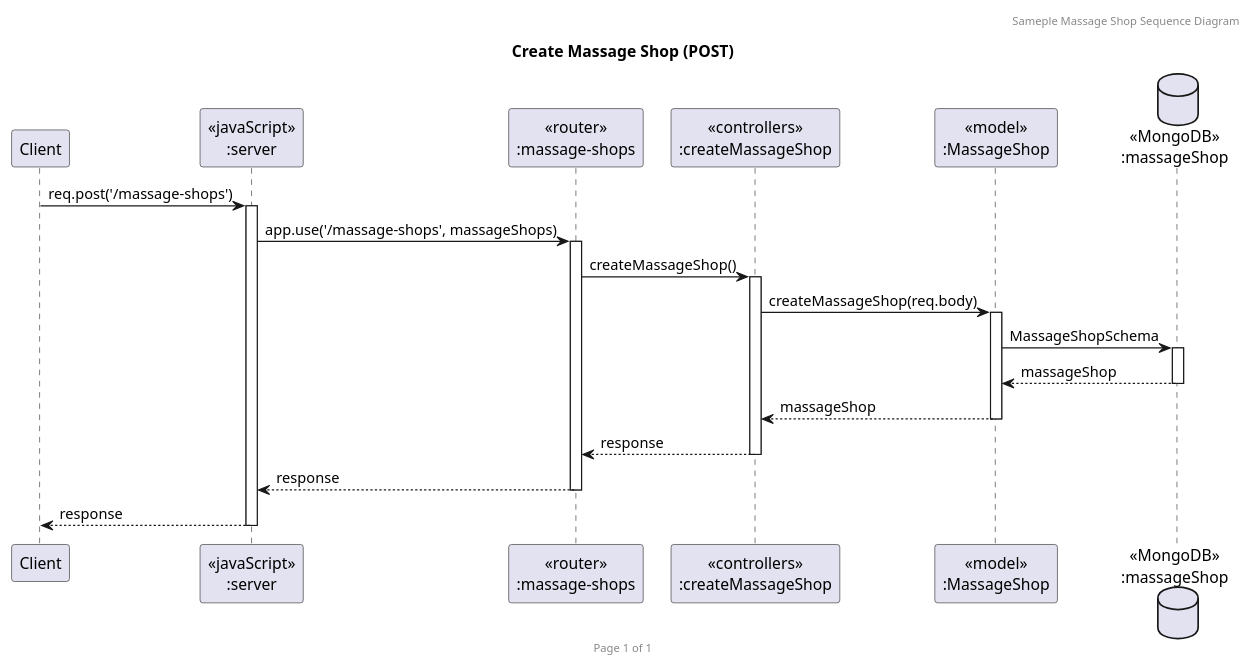
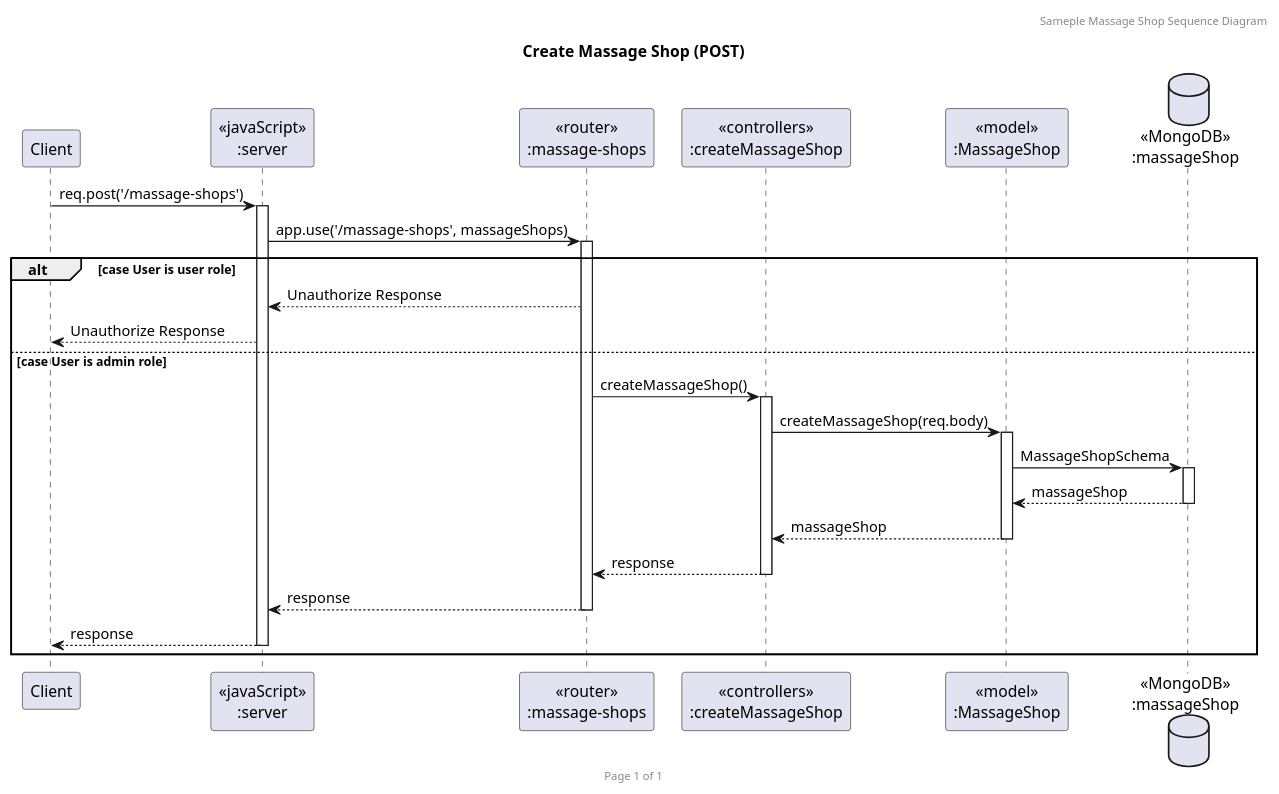
The diagram in sequence_diagram/MassageSequence_create_massage_shop.puml (BabeTanya/massage-catherine), drawn with PlantUML before and after one commit. The commit also changed 2 other files, not shown here.

Commit message:
Fix sequence diagram, separate case for admin and user

```diff
--- a/sequence_diagram/MassageSequence_create_massage_shop.puml
+++ b/sequence_diagram/MassageSequence_create_massage_shop.puml
@@ -1,25 +1,30 @@
 @startuml Create Massage Shop (POST)
 
 header Sameple Massage Shop Sequence Diagram
 footer Page %page% of %lastpage%
 title "Create Massage Shop (POST)"
 
 participant "Client" as client
 participant "<<javaScript>>\n:server" as server
 participant "<<router>>\n:massage-shops" as routerMassageShop
 participant "<<controllers>>\n:createMassageShop" as controllersCreateMassageShop
 participant "<<model>>\n:MassageShop" as modelMassageShop
 database "<<MongoDB>>\n:massageShop" as MassageShopDatabase
 
 client->server ++:req.post('/massage-shops')
 server->routerMassageShop ++:app.use('/massage-shops', massageShops)
+alt case User is user role
+server<--routerMassageShop: Unauthorize Response
+client <-- server: Unauthorize Response
+else case User is admin role
 routerMassageShop -> controllersCreateMassageShop ++:createMassageShop()
 controllersCreateMassageShop->modelMassageShop ++:createMassageShop(req.body)
 modelMassageShop ->MassageShopDatabase ++: MassageShopSchema
 MassageShopDatabase --> modelMassageShop --: massageShop
 controllersCreateMassageShop <-- modelMassageShop --:massageShop
 routerMassageShop <-- controllersCreateMassageShop --:response
 server <-- routerMassageShop --:response
 client <-- server --:response
+end
 
 @enduml
```
